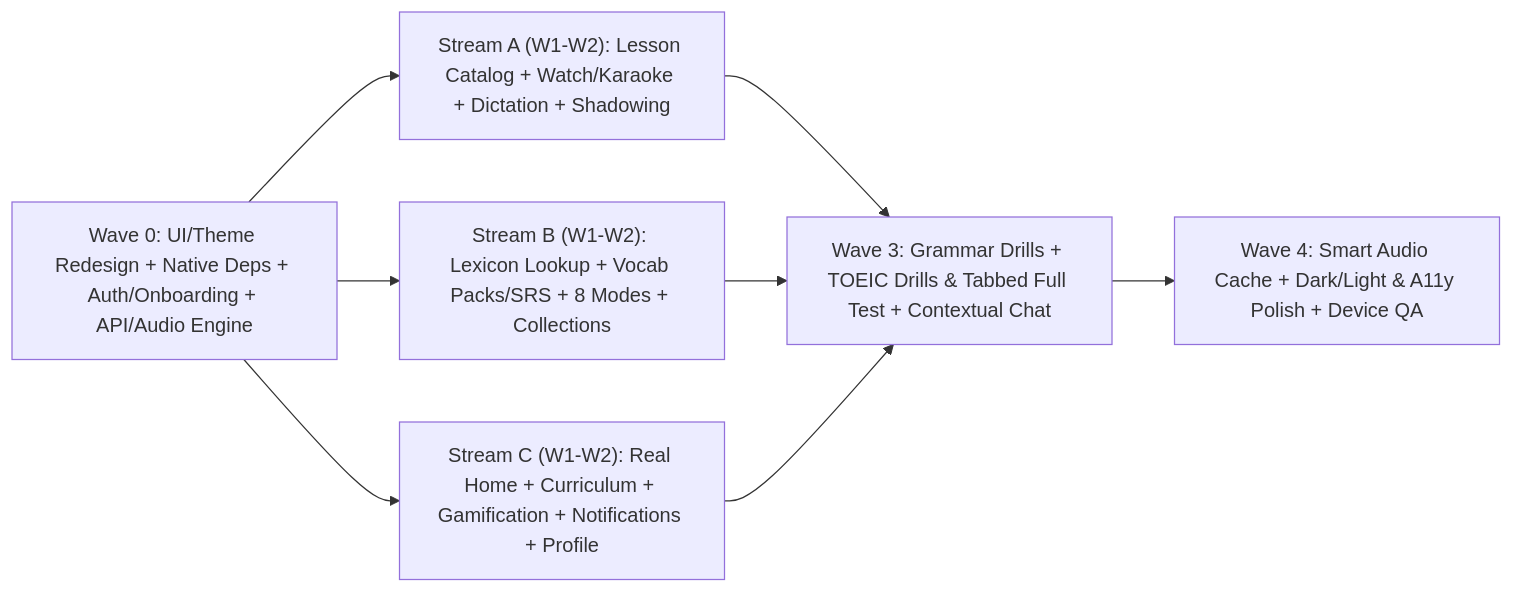
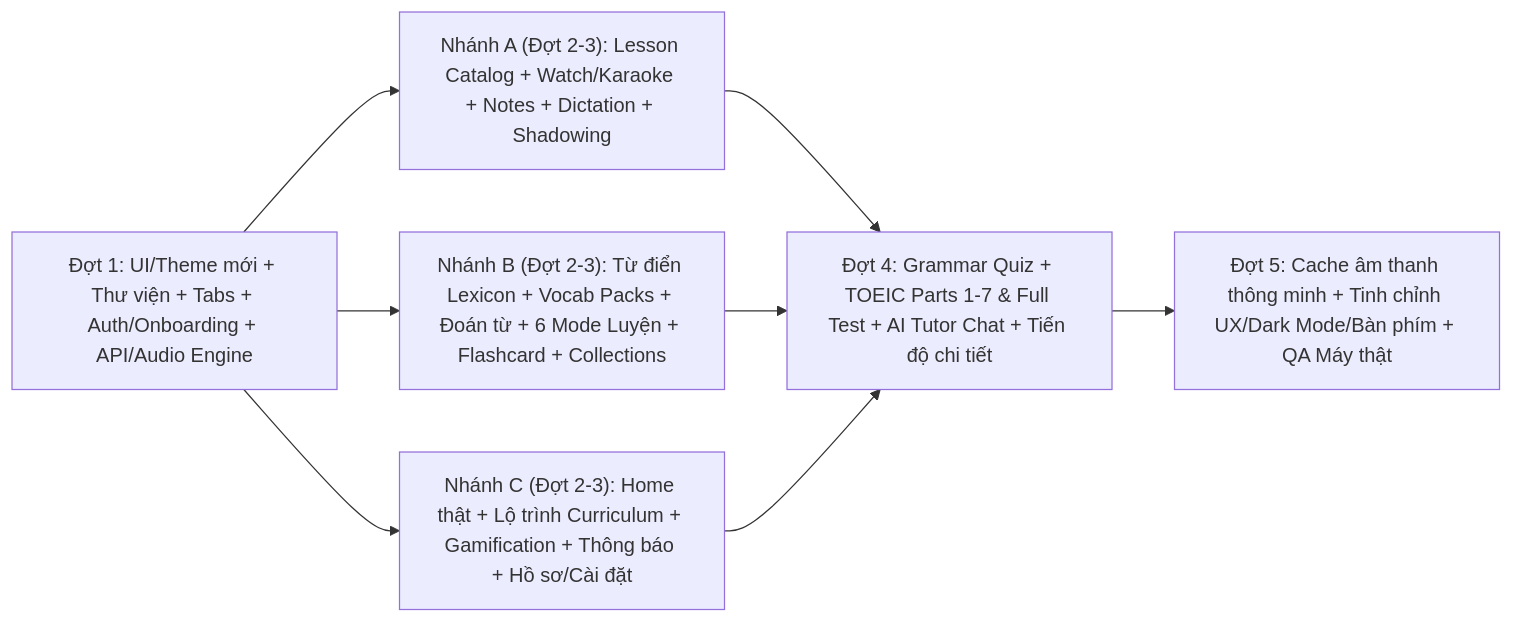
Before and after one commit to nrin31266/lyreo-platform: the diagram in docs/mobile/HANDOFF_AND_BACKLOG.md, drawn with Mermaid. The commit also changed other lines of this file, not shown here.

Commit message:
docs(mobile): expand comprehensive mobile handoff with full API map, micro-features, and plan-first workflow

````diff
--- a/docs/mobile/HANDOFF_AND_BACKLOG.md
+++ b/docs/mobile/HANDOFF_AND_BACKLOG.md
@@ -156,10 +254,10 @@
 ```mermaid
 flowchart LR
-  W0["Wave 0: UI/Theme Redesign + Native Deps + Auth/Onboarding + API/Audio Engine"] --> S1["Stream A (W1-W2): Lesson Catalog + Watch/Karaoke + Dictation + Shadowing"]
-  W0 --> S2["Stream B (W1-W2): Lexicon Lookup + Vocab Packs/SRS + 8 Modes + Collections"]
-  W0 --> S3["Stream C (W1-W2): Real Home + Curriculum + Gamification + Notifications + Profile"]
-  S1 --> W3["Wave 3: Grammar Drills + TOEIC Drills & Tabbed Full Test + Contextual Chat"]
-  S2 --> W3
-  S3 --> W3
-  W3 --> W4["Wave 4: Smart Audio Cache + Dark/Light & A11y Polish + Device QA"]
+  D1["Đợt 1: UI/Theme mới + Thư viện + Tabs + Auth/Onboarding + API/Audio Engine"] --> N1["Nhánh A (Đợt 2-3): Lesson Catalog + Watch/Karaoke + Notes + Dictation + Shadowing"]
+  D1 --> N2["Nhánh B (Đợt 2-3): Từ điển Lexicon + Vocab Packs + Đoán từ + 6 Mode Luyện + Flashcard + Collections"]
+  D1 --> N3["Nhánh C (Đợt 2-3): Home thật + Lộ trình Curriculum + Gamification + Thông báo + Hồ sơ/Cài đặt"]
+  N1 --> D4["Đợt 4: Grammar Quiz + TOEIC Parts 1-7 & Full Test + AI Tutor Chat + Tiến độ chi tiết"]
+  N2 --> D4
+  N3 --> D4
+  D4 --> D5["Đợt 5: Cache âm thanh thông minh + Tinh chỉnh UX/Dark Mode/Bàn phím + QA Máy thật"]
 ```
````
